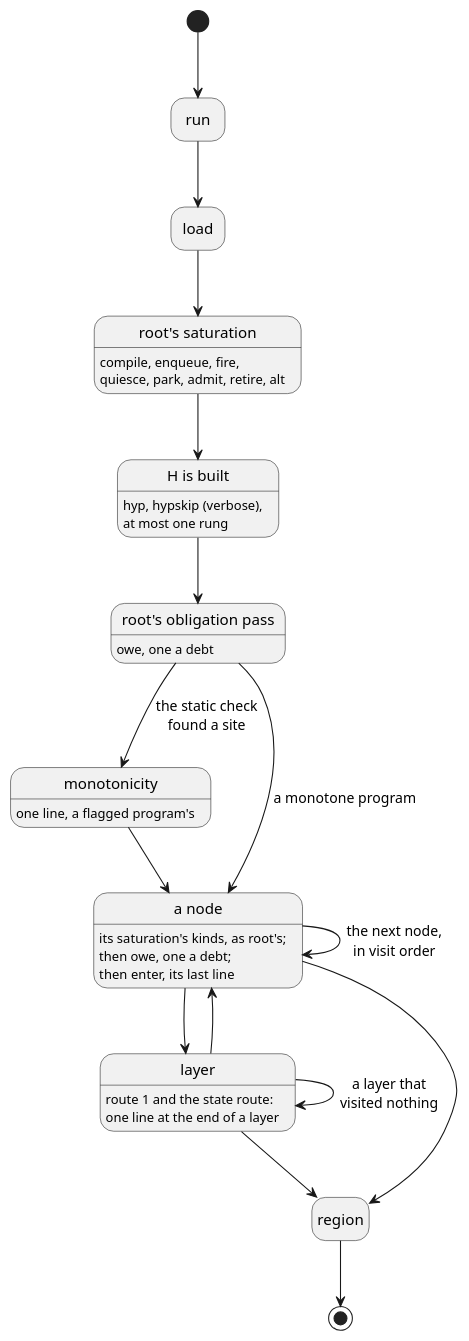
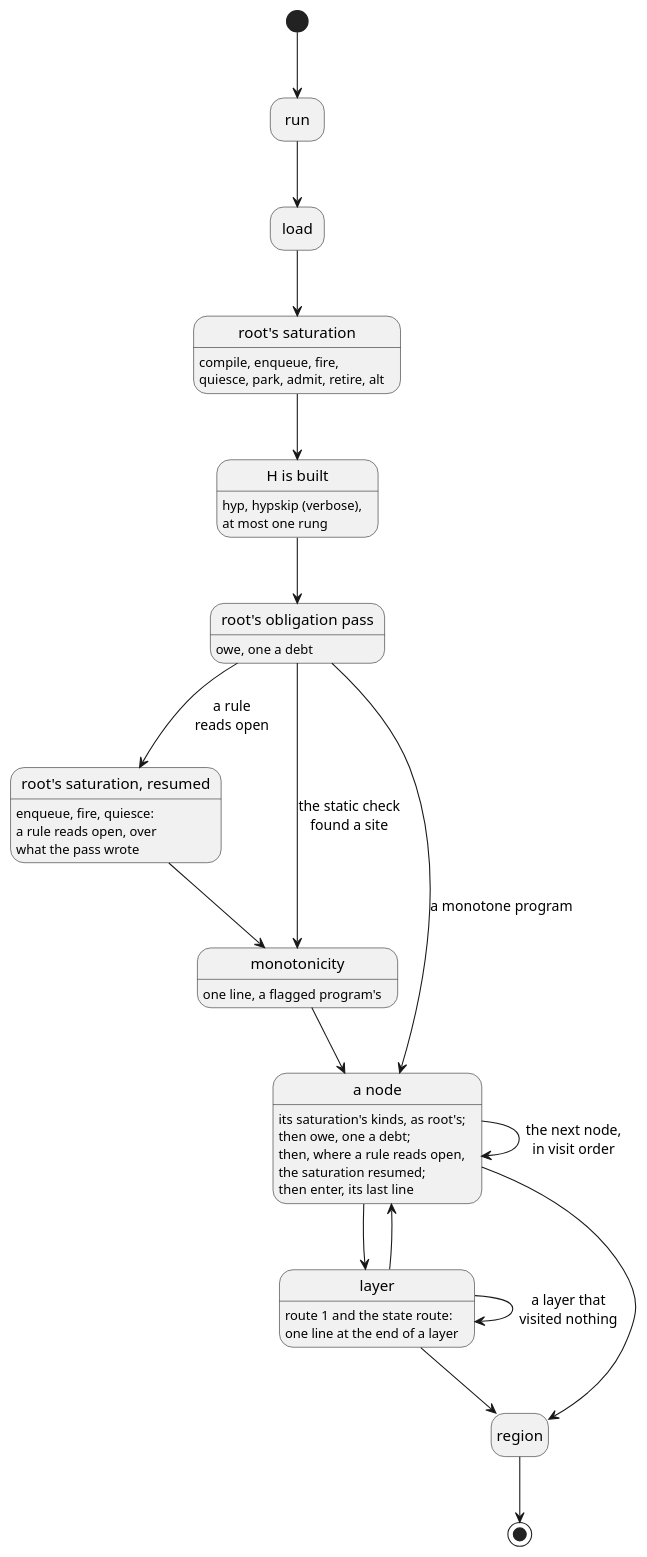
One commit to agutikov/ein changed the diagram in docs/ein/ein.rs/diagrams/05-stream-states.puml. Above: the diagram before and after it, drawn with PlantUML. The commit also changed 2 other files, not shown here.

Commit message:
Stuck is a root that owes with H empty, as the engine reads it, and an owed instance whose payments root all settles empties R beside it; the stream's state machine has root's saturation resumed after its obligation pass, and a node's after its owe lines, where a rule reads open, drawn again.

```diff
--- a/docs/ein/ein.rs/diagrams/05-stream-states.puml
+++ b/docs/ein/ein.rs/diagrams/05-stream-states.puml
@@ -1,28 +1,31 @@
 @startuml
 hide empty description
 state "run" as Run
 state "load" as Load
 state "root's saturation" as Sat : compile, enqueue, fire,\nquiesce, park, admit, retire, alt
 state "H is built" as Gen : hyp, hypskip (verbose),\nat most one rung
 state "root's obligation pass" as Owe : owe, one a debt
+state "root's saturation, resumed" as Resume : enqueue, fire, quiesce:\na rule reads open, over\nwhat the pass wrote
 state "monotonicity" as Mono : one line, a flagged program's
-state "a node" as Node : its saturation's kinds, as root's;\nthen owe, one a debt;\nthen enter, its last line
+state "a node" as Node : its saturation's kinds, as root's;\nthen owe, one a debt;\nthen, where a rule reads open,\nthe saturation resumed;\nthen enter, its last line
 state "layer" as Layer : route 1 and the state route:\none line at the end of a layer
 state "region" as Region
 
 [*] --> Run
 Run --> Load
 Load --> Sat
 Sat --> Gen
 Gen --> Owe
+Owe --> Resume : a rule\nreads open
+Resume --> Mono
 Owe --> Mono : the static check\nfound a site
 Owe --> Node : a monotone program
 Mono --> Node
 Node --> Node : the next node,\nin visit order
 Node --> Layer
 Layer --> Node
 Layer --> Layer : a layer that\nvisited nothing
 Node --> Region
 Layer --> Region
 Region --> [*]
 @enduml
```
